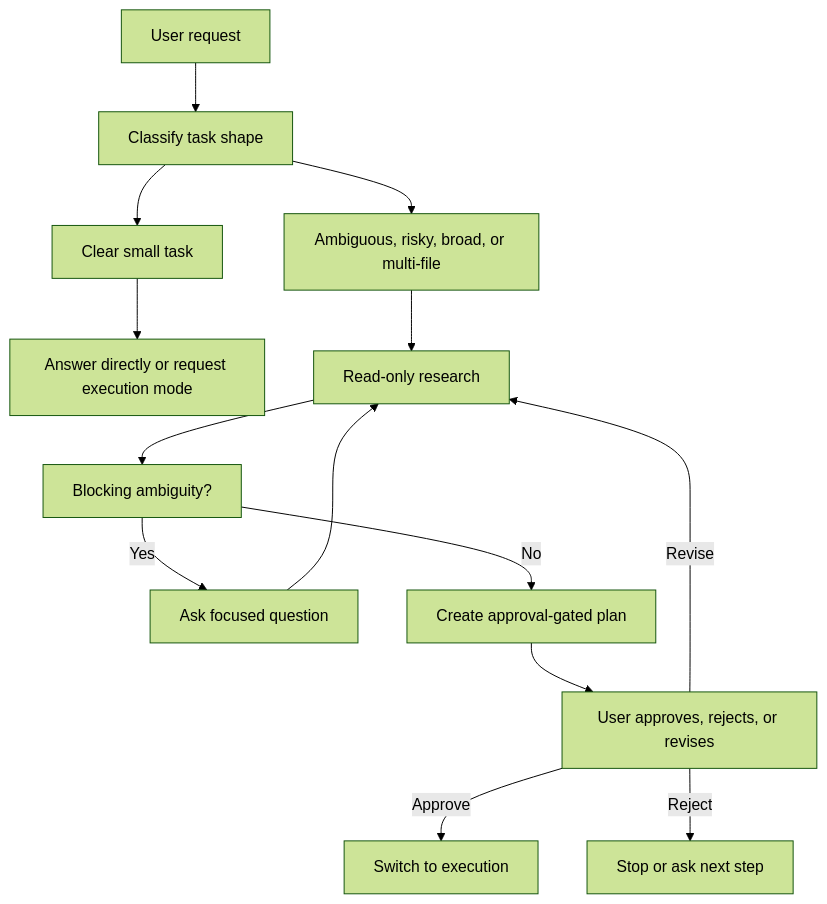
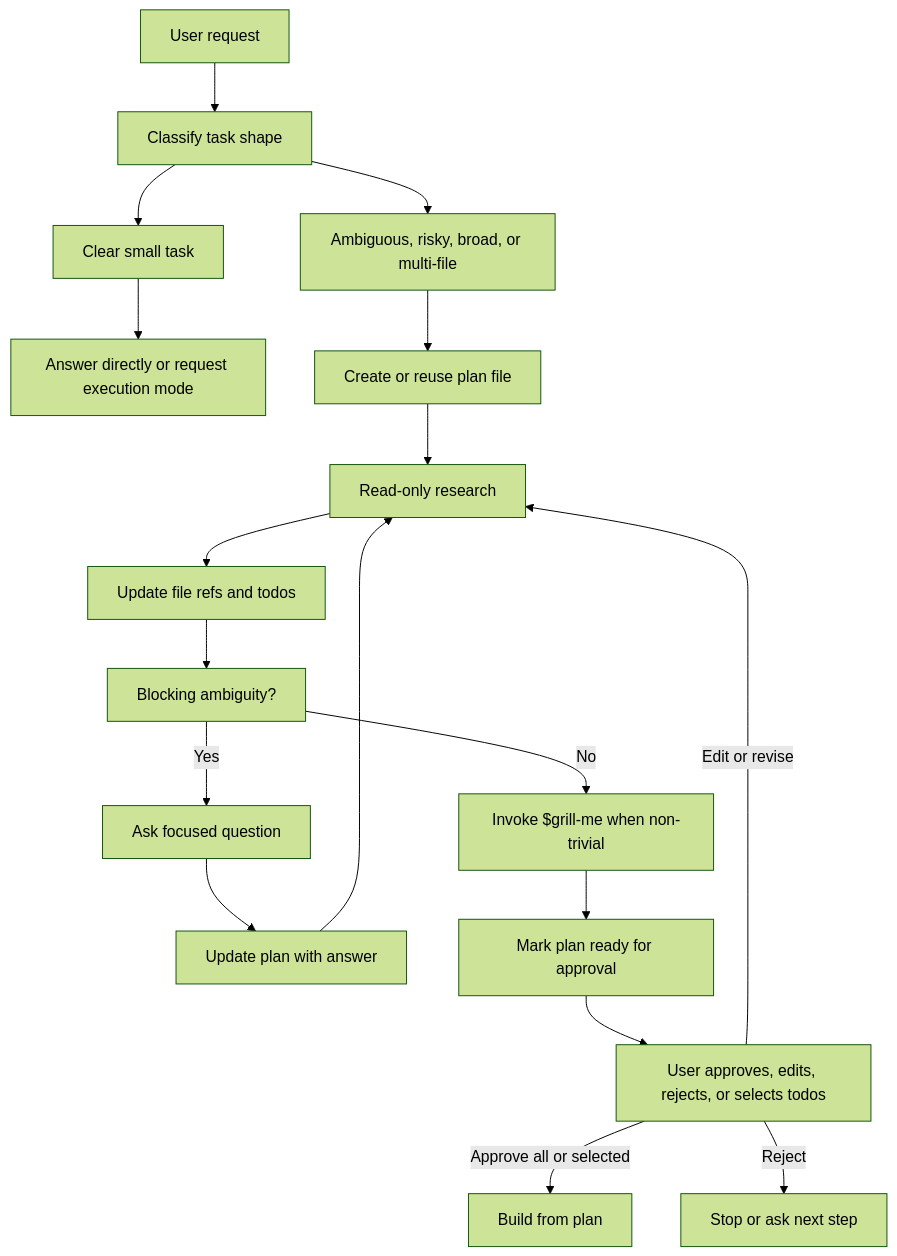
One commit to JUNERDD/skills changed the diagram in skills/plan-mode/references/architecture.md. Above: the diagram before and after it, drawn with Mermaid (forest theme). The commit also changed other lines of this file and 5 other files, not shown here.

````diff
--- a/skills/plan-mode/references/architecture.md
+++ b/skills/plan-mode/references/architecture.md
@@ -23,16 +23,20 @@
 ```mermaid
 flowchart TD
   userRequest["User request"] --> classify["Classify task shape"]
   classify --> clearSmall["Clear small task"]
   classify --> needsPlan["Ambiguous, risky, broad, or multi-file"]
   clearSmall --> answerOrSwitch["Answer directly or request execution mode"]
-  needsPlan --> readOnlyResearch["Read-only research"]
-  readOnlyResearch --> ambiguityCheck["Blocking ambiguity?"]
+  needsPlan --> createArtifact["Create or reuse plan file"]
+  createArtifact --> readOnlyResearch["Read-only research"]
+  readOnlyResearch --> updatePlan["Update file refs and todos"]
+  updatePlan --> ambiguityCheck["Blocking ambiguity?"]
   ambiguityCheck -->|Yes| askQuestion["Ask focused question"]
-  askQuestion --> readOnlyResearch
-  ambiguityCheck -->|No| createPlan["Create approval-gated plan"]
-  createPlan --> userDecision["User approves, rejects, or revises"]
-  userDecision -->|Approve| execute["Switch to execution"]
-  userDecision -->|Revise| readOnlyResearch
+  askQuestion --> updateAfterAnswer["Update plan with answer"]
+  updateAfterAnswer --> readOnlyResearch
+  ambiguityCheck -->|No| pressureTest["Invoke $grill-me when non-trivial"]
+  pressureTest --> readyPlan["Mark plan ready for approval"]
+  readyPlan --> userDecision["User approves, edits, rejects, or selects todos"]
+  userDecision -->|Approve all or selected| execute["Build from plan"]
+  userDecision -->|Edit or revise| readOnlyResearch
   userDecision -->|Reject| stopNode["Stop or ask next step"]
 ```
````
